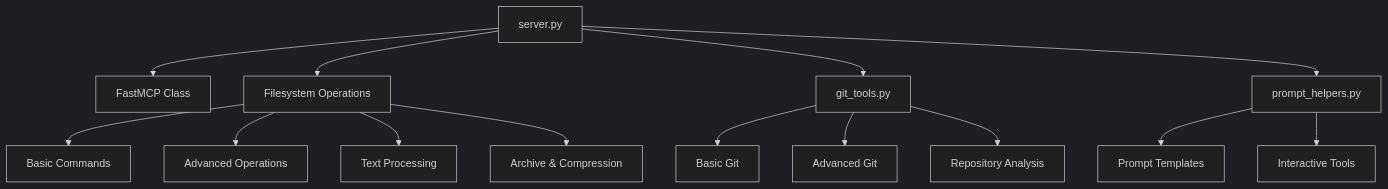
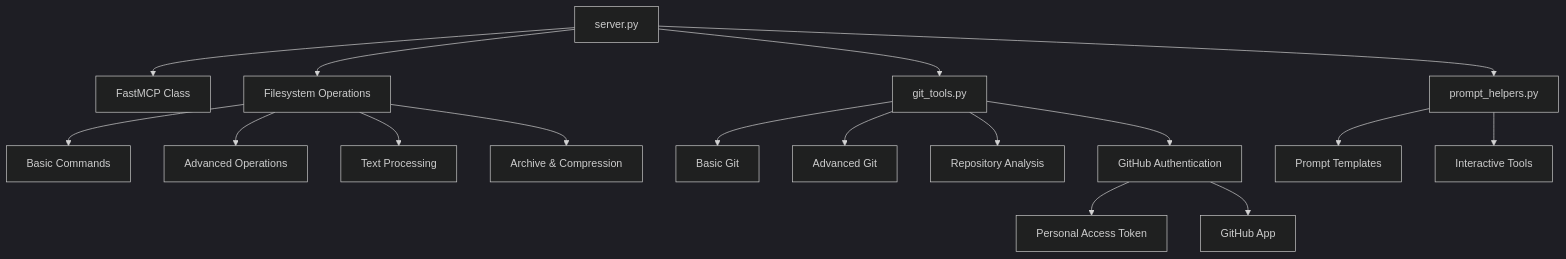
Before and after one commit to aj-geddes/fastfs-mcp: the second of 8 diagrams in README.md, drawn with Mermaid (dark theme). The commit also changed other lines of this file and 4 other files, not shown here.

Commit message:
feat: Add GitHub App authentication support

````diff
--- a/README.md
+++ b/README.md
@@ -35,19 +35,23 @@
 ```mermaid
 graph TD
     Server[server.py] --> FastMCP[FastMCP Class]
     Server --> FileOps[Filesystem Operations]
     Server --> GitTools[git_tools.py]
     Server --> PromptHelpers[prompt_helpers.py]
     
     FileOps --> Basic[Basic Commands]
     FileOps --> Advanced[Advanced Operations]
     FileOps --> Text[Text Processing]
     FileOps --> Archive[Archive & Compression]
     
     GitTools --> BasicGit[Basic Git]
     GitTools --> AdvancedGit[Advanced Git]
     GitTools --> GitAnalysis[Repository Analysis]
+    GitTools --> GitAuth[GitHub Authentication]
     
     PromptHelpers --> Templates[Prompt Templates]
     PromptHelpers --> Interactive[Interactive Tools]
+    
+    GitAuth --> PAT[Personal Access Token]
+    GitAuth --> GitHubApp[GitHub App]
 ```
````
